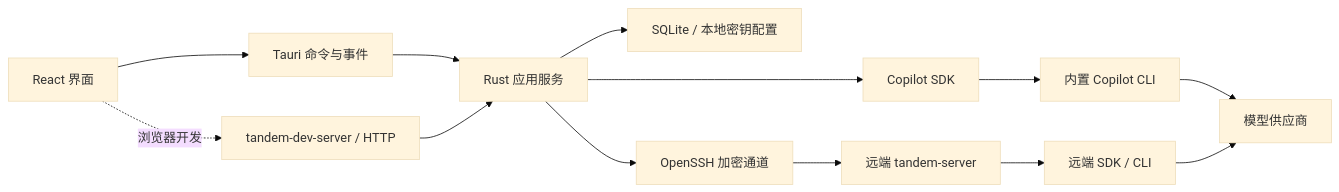
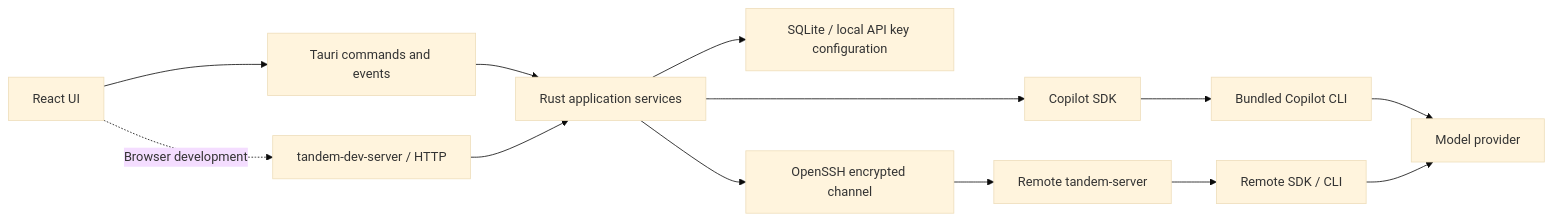
Before and after one commit to caibirdme/Tandem: the diagram in docs/architecture.md, drawn with Mermaid (base theme). The commit also changed other lines of this file and 66 other files, not shown here.

````diff
--- a/docs/architecture.md
+++ b/docs/architecture.md
@@ -7,15 +7,15 @@
 ```mermaid
 flowchart LR
-  UI[React 界面] --> IPC[Tauri 命令与事件]
-  IPC --> Core[Rust 应用服务]
-  UI -. 浏览器开发 .-> Dev[tandem-dev-server / HTTP]
+  UI[React UI] --> IPC[Tauri commands and events]
+  IPC --> Core[Rust application services]
+  UI -. Browser development .-> Dev[tandem-dev-server / HTTP]
   Dev --> Core
-  Core --> Store[SQLite / 本地密钥配置]
+  Core --> Store[SQLite / local API key configuration]
   Core --> SDK[Copilot SDK]
-  SDK --> CLI[内置 Copilot CLI]
-  Core --> SSH[OpenSSH 加密通道]
-  SSH --> Remote[远端 tandem-server]
-  Remote --> RemoteSDK[远端 SDK / CLI]
-  CLI --> Provider[模型供应商]
+  SDK --> CLI[Bundled Copilot CLI]
+  Core --> SSH[OpenSSH encrypted channel]
+  SSH --> Remote[Remote tandem-server]
+  Remote --> RemoteSDK[Remote SDK / CLI]
+  CLI --> Provider[Model provider]
   RemoteSDK --> Provider
 ```
````
